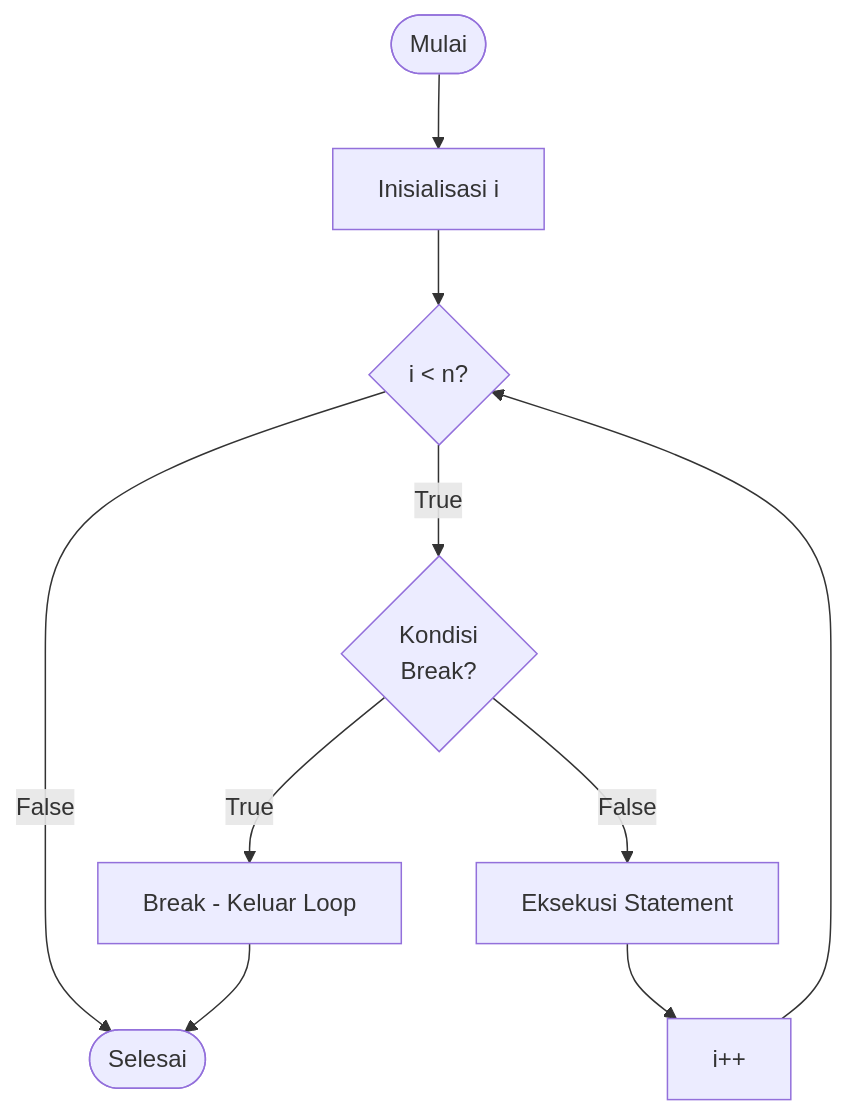
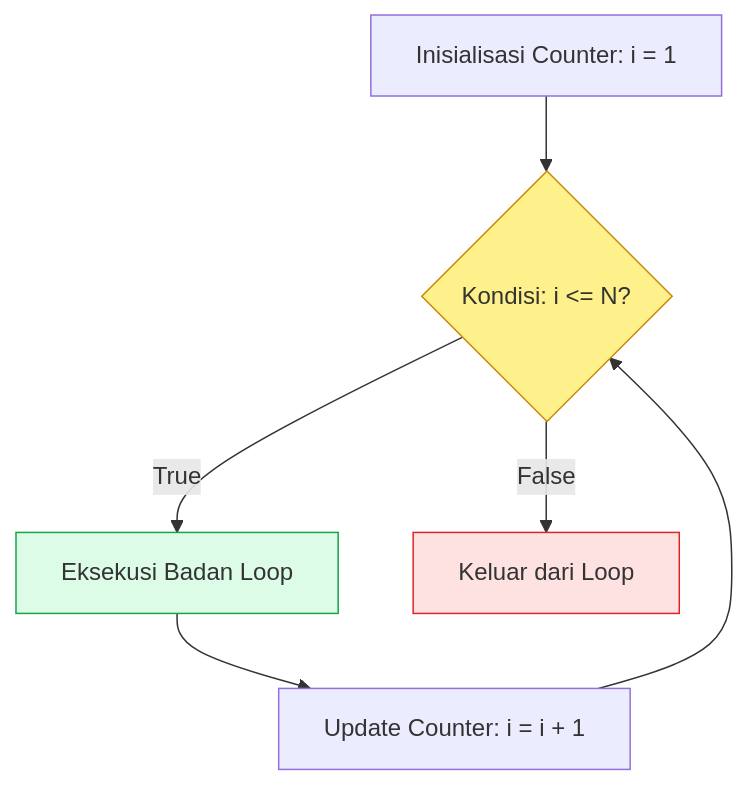
Before and after one commit to mahendaruui/Perkuliahan: the diagram in docs/algoritma-pemrograman/perulangan.md, drawn with Mermaid. The commit also changed other lines of this file and 22 other files, not shown here.

````diff
--- a/docs/algoritma-pemrograman/perulangan.md
+++ b/docs/algoritma-pemrograman/perulangan.md
@@ -281,12 +15,11 @@
 ```mermaid
-flowchart TD
-    Start([Mulai]) --> Init[Inisialisasi i]
-    Init --> Cek{i < n?}
-    Cek -->|True| CondBreak{Kondisi<br/>Break?}
-    CondBreak -->|True| Break[Break - Keluar Loop]
-    CondBreak -->|False| Action[Eksekusi Statement]
-    Action --> Inc[i++]
-    Inc --> Cek
-    Cek -->|False| End([Selesai])
-    Break --> End
+graph TD
+    A[Inisialisasi Counter: i = 1] --> B{Kondisi: i <= N?}
+    B -- True --> C[Eksekusi Badan Loop]
+    C --> D[Update Counter: i = i + 1]
+    D --> B
+    B -- False --> E[Keluar dari Loop]
+    style B fill:#fef08a,stroke:#ca8a04
+    style C fill:#dcfce7,stroke:#16a34a
+    style E fill:#fee2e2,stroke:#dc2626
 ```
````
